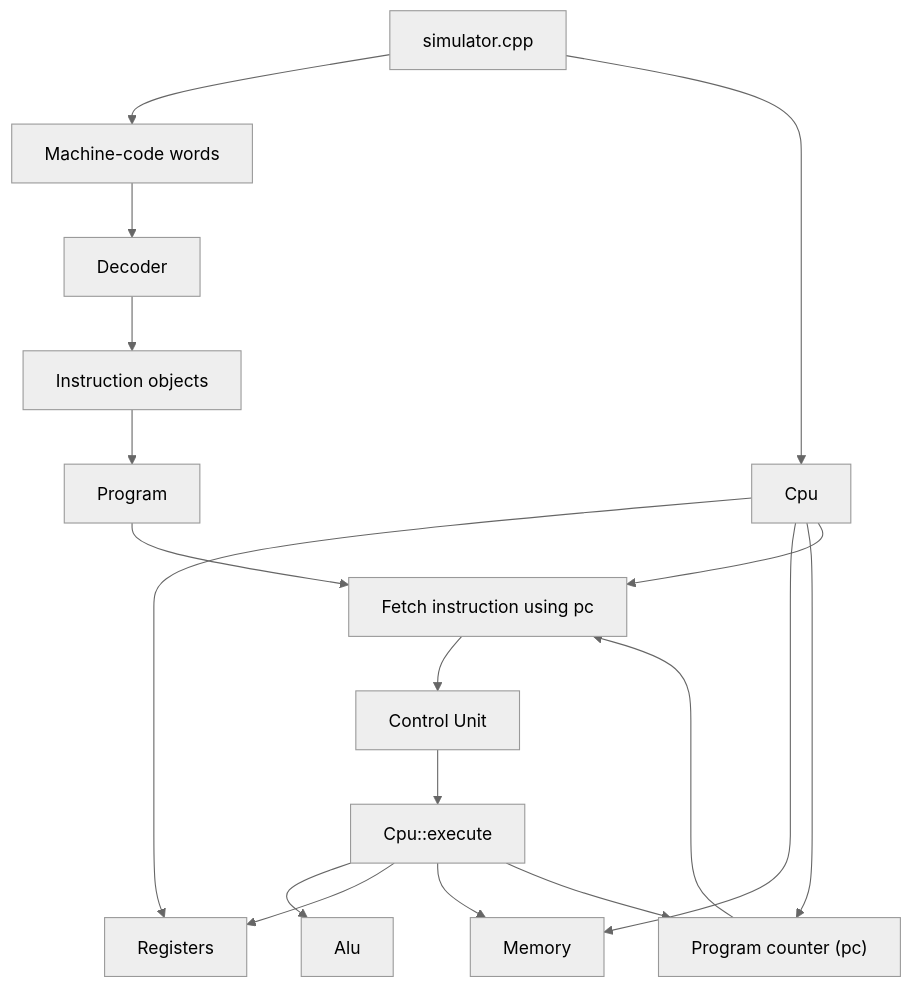
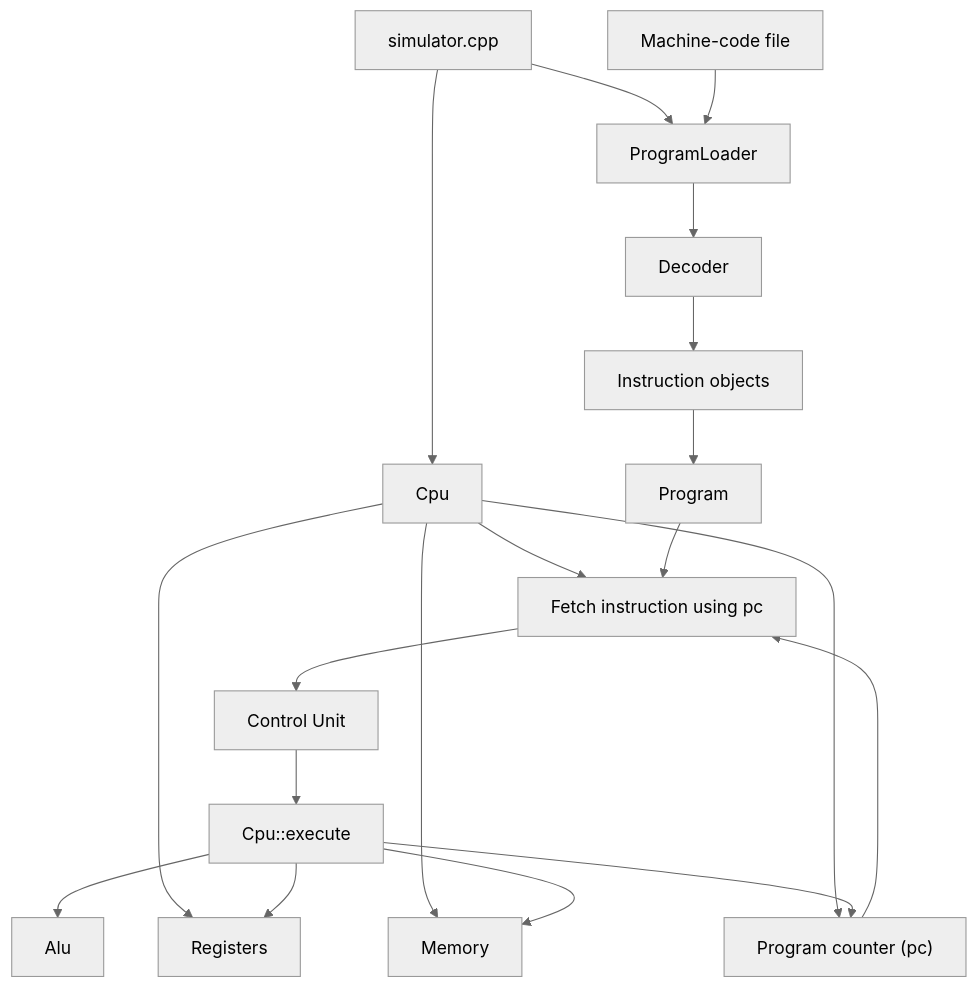
Before and after one commit to iitianpushkar/RISC-V-ISA-Simulator: the diagram in README.md, drawn with Mermaid (neutral theme). The commit also changed other lines of this file and 5 other files, not shown here.

Commit message:
added program file loader

````diff
--- a/README.md
+++ b/README.md
@@ -19,20 +21,21 @@
 ```mermaid
 flowchart TD
-    A["simulator.cpp"] --> B["Machine-code words"]
+    A["simulator.cpp"] --> B["ProgramLoader"]
+    N["Machine-code file"] --> B
     B --> C["Decoder"]
     C --> D["Instruction objects"]
     D --> E["Program"]
     A --> F["Cpu"]
     F --> G["Registers"]
     F --> H["Memory"]
     F --> I["Program counter (pc)"]
     F --> J["Fetch instruction using pc"]
     E --> J
     J --> M["Control Unit"]
     M --> K["Cpu::execute"]
     K --> L["Alu"]
     K --> G
     K --> H
     K --> I
     I --> J
 ```
````
